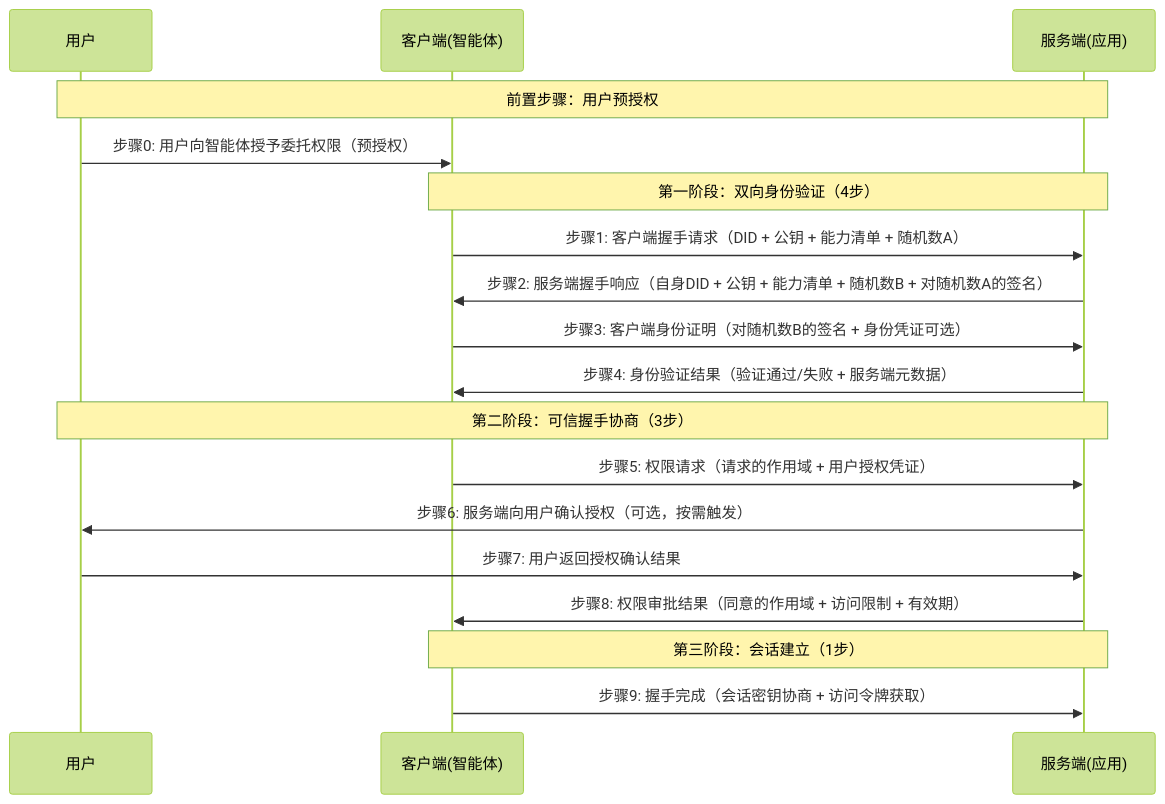
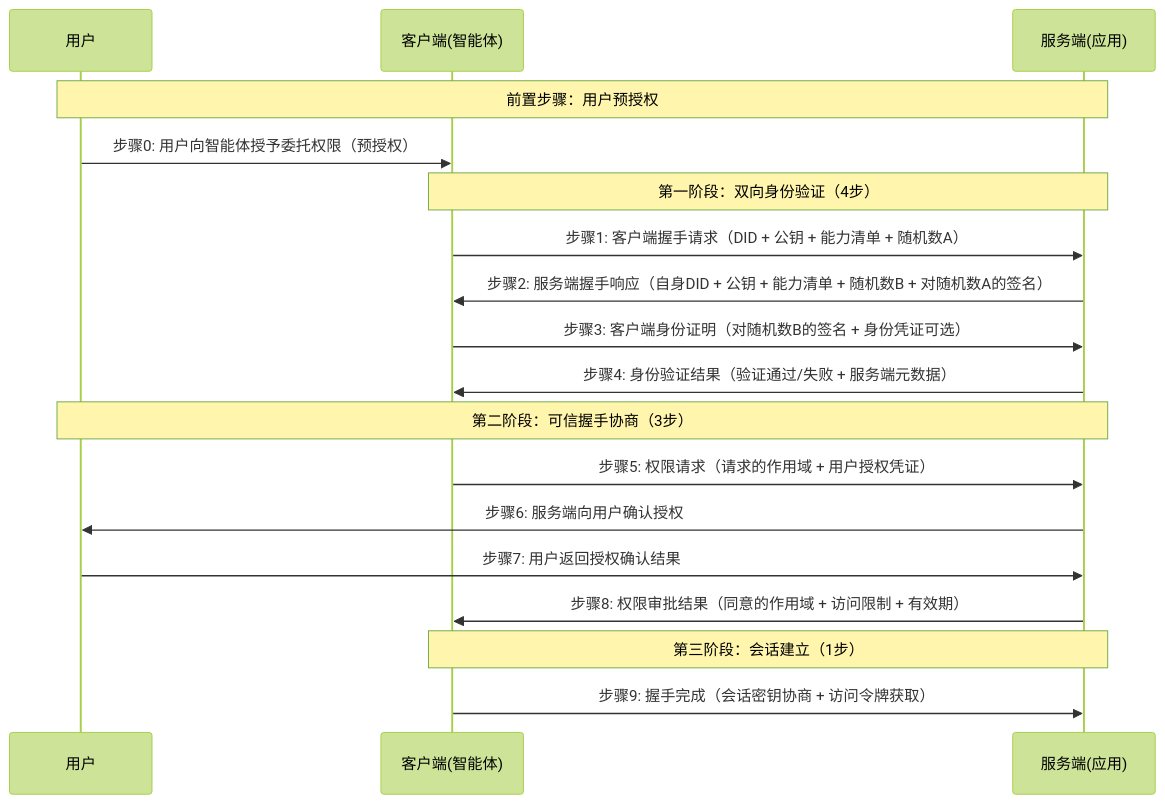
One commit to ath-protocol/agent-trust-handshake-protocol changed the diagram in README.md. Above: the diagram before and after it, drawn with Mermaid (forest theme). The commit also changed other lines of this file, not shown here.

````diff
--- a/README.md
+++ b/README.md
@@ -111,24 +111,24 @@
 ```mermaid
 sequenceDiagram
     participant U as 用户
     participant C as 客户端(智能体)
     participant S as 服务端(应用)
     
     Note over U,S: 前置步骤：用户预授权
     U->>C: 步骤0: 用户向智能体授予委托权限（预授权）
     
     Note over C,S: 第一阶段：双向身份验证（4步）
     C->>S: 步骤1: 客户端握手请求（DID + 公钥 + 能力清单 + 随机数A）
     S->>C: 步骤2: 服务端握手响应（自身DID + 公钥 + 能力清单 + 随机数B + 对随机数A的签名）
     C->>S: 步骤3: 客户端身份证明（对随机数B的签名 + 身份凭证可选）
     S->>C: 步骤4: 身份验证结果（验证通过/失败 + 服务端元数据）
     
     Note over U,S: 第二阶段：可信握手协商（3步）
     C->>S: 步骤5: 权限请求（请求的作用域 + 用户授权凭证）
-    S->>U: 步骤6: 服务端向用户确认授权（可选，按需触发）
+    S->>U: 步骤6: 服务端向用户确认授权
     U->>S: 步骤7: 用户返回授权确认结果
     S->>C: 步骤8: 权限审批结果（同意的作用域 + 访问限制 + 有效期）
     
     Note over C,S: 第三阶段：会话建立（1步）
     C->>S: 步骤9: 握手完成（会话密钥协商 + 访问令牌获取）
 ```
````
